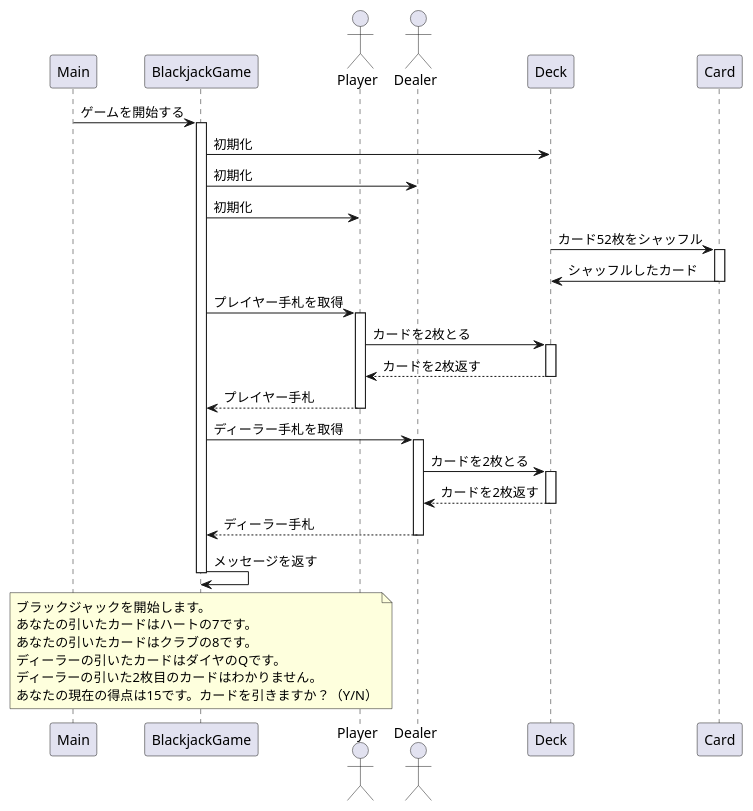
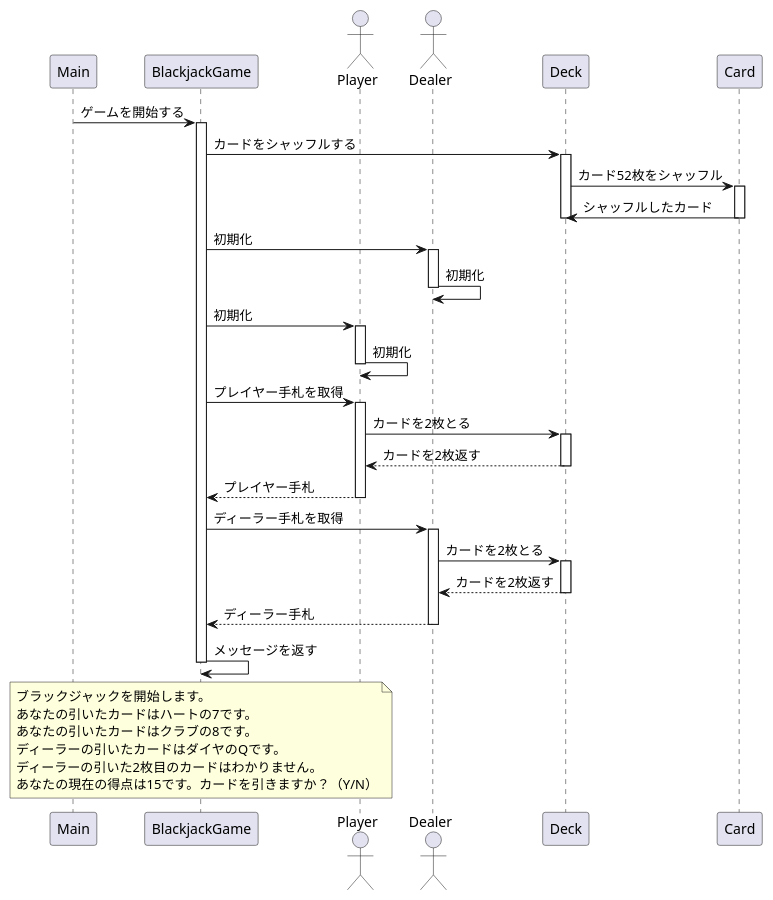
The diagram in uml/sequence.pu (mariko-mr/blackjack), drawn with PlantUML before and after one commit. The commit also changed 1 other file, not shown here.

```diff
--- a/uml/sequence.pu
+++ b/uml/sequence.pu
@@ -1,53 +1,62 @@
 @startuml blackjack
 
 participant Main          as Main
 participant BlackjackGame as Game
 actor       Player        as P
 actor       Dealer        as D
 participant Deck          as Deck
 participant Card          as Card
 
 Main -> Game : ゲームを開始する
 activate Game
 
-Game -> Deck : 初期化
-Game -> D : 初期化
-Game -> P : 初期化
-
+Game -> Deck : カードをシャッフルする
+activate Deck
 Deck -> Card : カード52枚をシャッフル
 activate Card
 Card -> Deck : シャッフルしたカード
 deactivate Card
+deactivate Deck
+
+Game -> D : 初期化
+activate D
+D -> D : 初期化
+deactivate D
+
+Game -> P : 初期化
+activate P
+P -> P : 初期化
+deactivate P
 
 Game -> P : プレイヤー手札を取得
 activate P
 P -> Deck : カードを2枚とる
 activate Deck
 Deck --> P : カードを2枚返す
 deactivate Deck
 P --> Game : プレイヤー手札
 deactivate P
 
 
 Game -> D : ディーラー手札を取得
 activate D
 D -> Deck : カードを2枚とる
 activate Deck
 Deck  --> D : カードを2枚返す
 deactivate Deck
 D --> Game : ディーラー手札
 deactivate D
 
 Game -> Game : メッセージを返す
 deactivate Game
 
 note over Game
 ブラックジャックを開始します。
 あなたの引いたカードはハートの7です。
 あなたの引いたカードはクラブの8です。
 ディーラーの引いたカードはダイヤのQです。
 ディーラーの引いた2枚目のカードはわかりません。
 あなたの現在の得点は15です。カードを引きますか？（Y/N）
 end note
 
 @enduml
```
